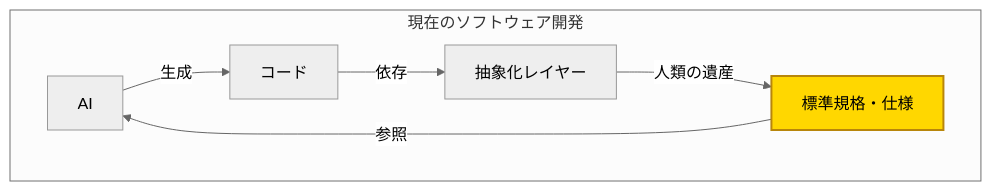
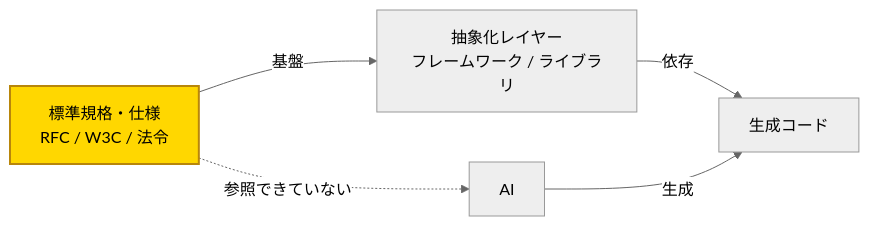
Before and after one commit to shuji-bonji/ai-agent-architecture: the first of 6 diagrams in docs/ja/concepts/01-vision.md, drawn with Mermaid (neutral theme). The commit also changed other lines of this file and 1 other file, not shown here.

Commit message:
fix: 01-vision.md の訂正

````diff
--- a/docs/ja/concepts/01-vision.md
+++ b/docs/ja/concepts/01-vision.md
@@ -41,13 +43,14 @@
 ```mermaid
-graph TB
-    subgraph 現在のソフトウェア開発
-        AI[AI] --> |"生成"| Code[コード]
-        Code --> |"依存"| Layer[抽象化レイヤー]
-        Layer --> |"人類の遺産"| Standards[標準規格・仕様]
-    end
+graph LR
+    Standards["標準規格・仕様<br>RFC / W3C / 法令"]
+    Layer["抽象化レイヤー<br>フレームワーク / ライブラリ"]
+    Code["生成コード"]
+    AI["AI"]
 
-    Standards --> |"参照"| AI
+    Standards -->|"基盤"| Layer
+    Layer -->|"依存"| Code
+    AI -->|"生成"| Code
+    Standards -.->|"参照できていない"| AI
 
     style Standards fill:#ffd700,color:#000,stroke:#b8860b,stroke-width:2px
-
 ```
````
